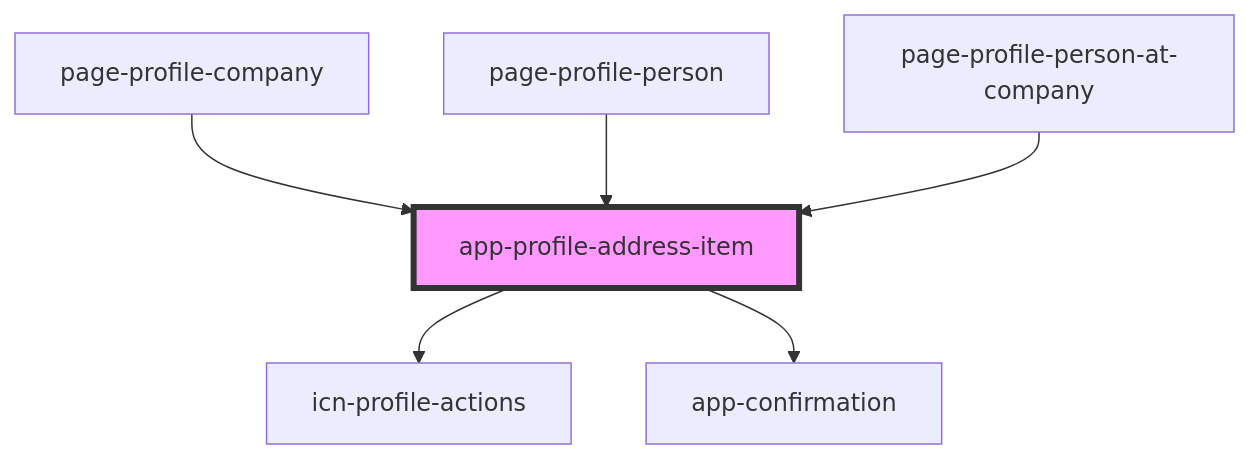
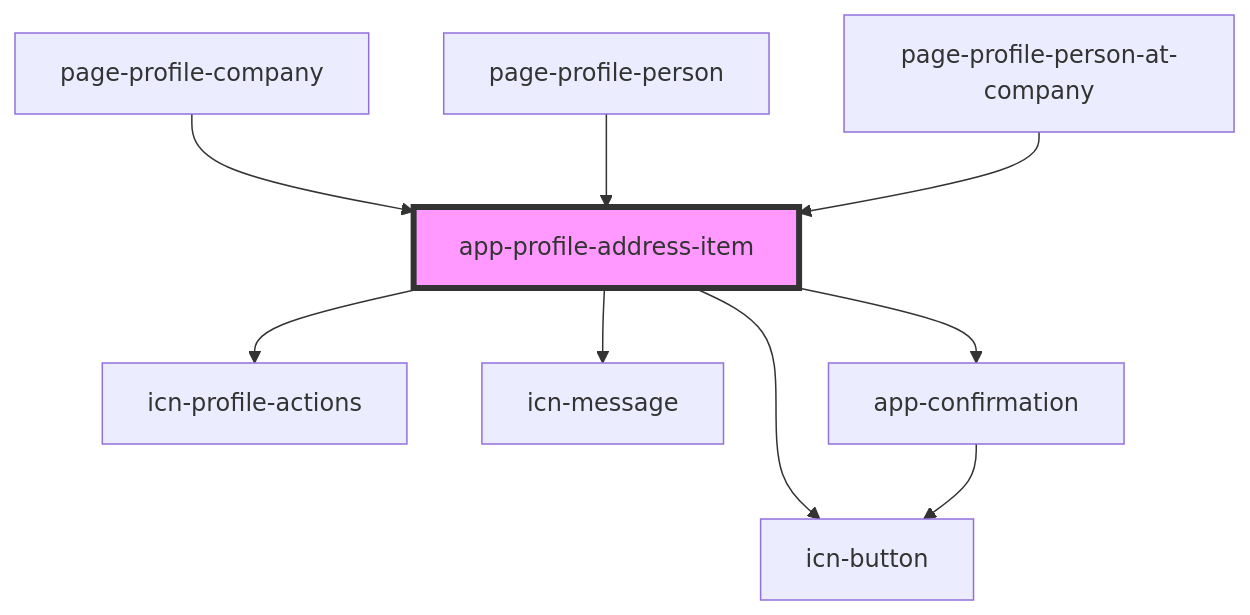
Before and after one commit to lokheed/IconEventNetwork.Web: the diagram in iconeventnetwork-web/src/components/app-profile-address-item/readme.md, drawn with Mermaid. The commit also changed other lines of this file and 61 other files, not shown here.

First line of the commit message:
Created icn-button component

````diff
--- a/iconeventnetwork-web/src/components/app-profile-address-item/readme.md
+++ b/iconeventnetwork-web/src/components/app-profile-address-item/readme.md
@@ -41,9 +43,12 @@
 ```mermaid
 graph TD;
   app-profile-address-item --> icn-profile-actions
+  app-profile-address-item --> icn-message
+  app-profile-address-item --> icn-button
   app-profile-address-item --> app-confirmation
+  app-confirmation --> icn-button
   page-profile-company --> app-profile-address-item
   page-profile-person --> app-profile-address-item
   page-profile-person-at-company --> app-profile-address-item
   style app-profile-address-item fill:#f9f,stroke:#333,stroke-width:4px
 ```
````
